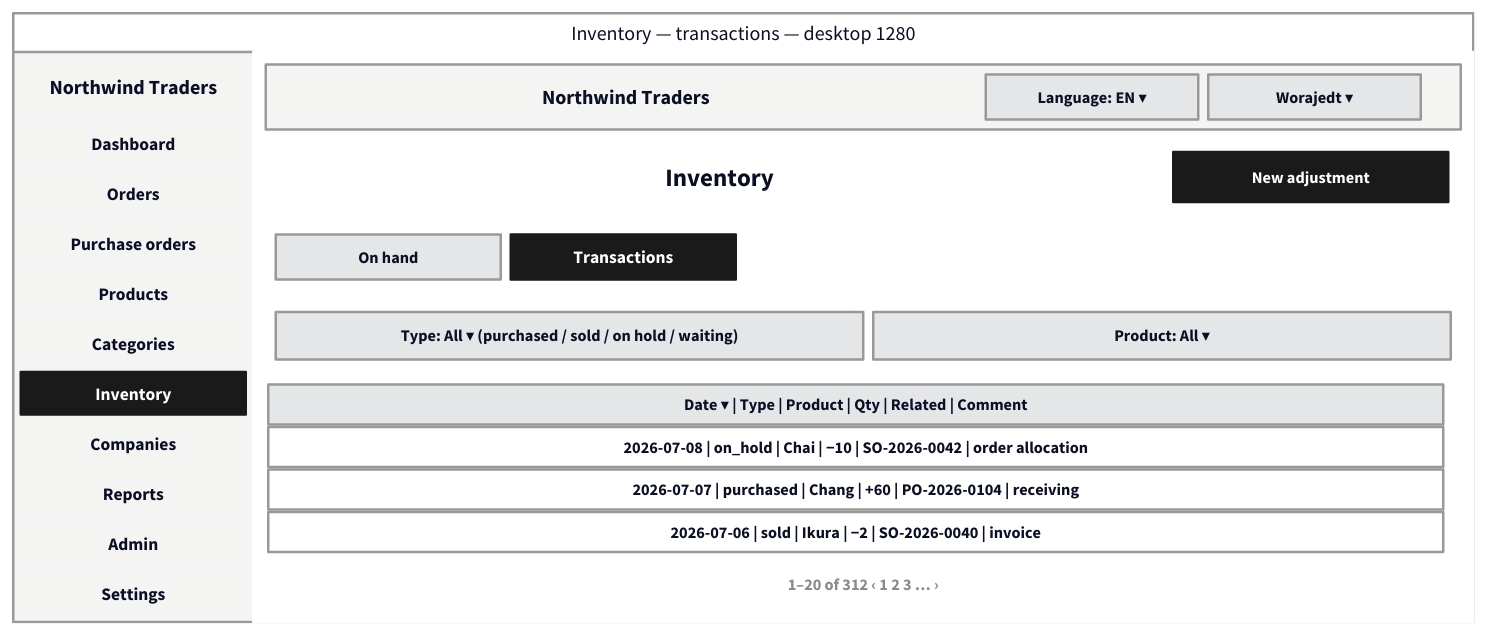
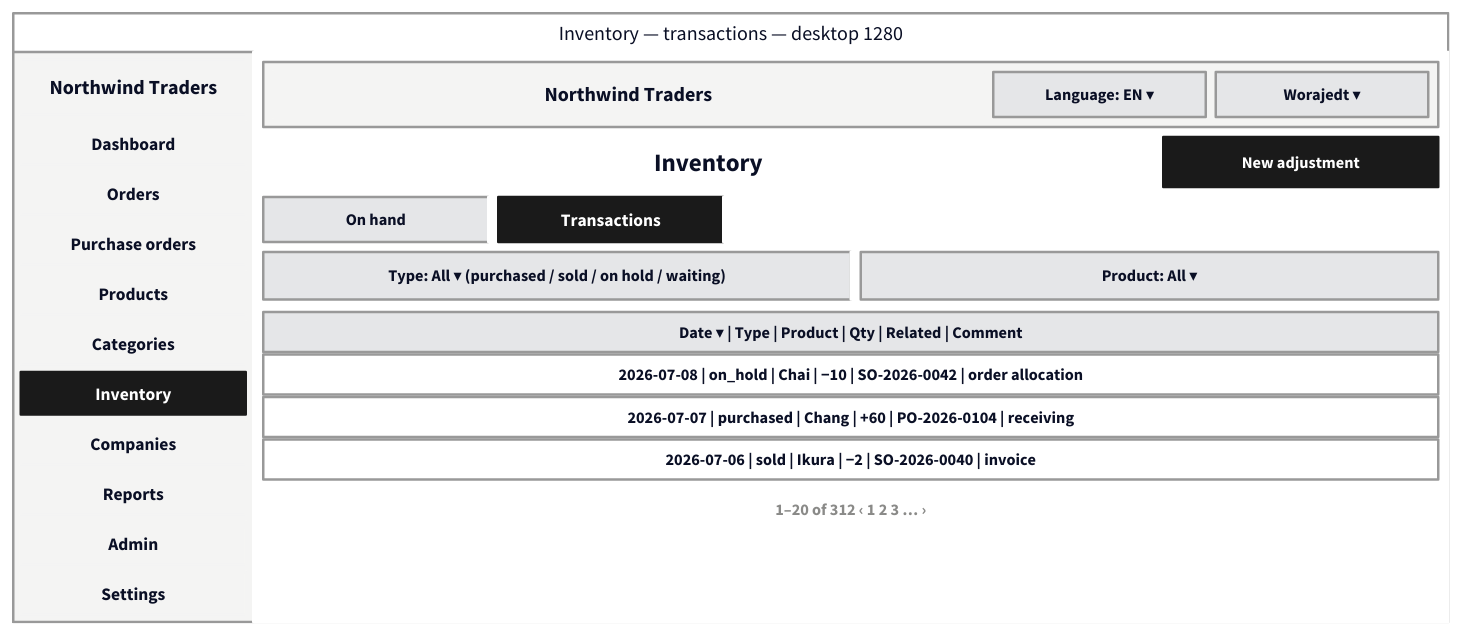
The diagram in docs/07-wireframes/15-inventory-transactions.desktop.d2 (jedt3d/northwind-design), drawn with D2 before and after one commit. The commit also changed 99 other files, not shown here.

Commit message:
feat: dashboard analytics (7 chart panels), companies lifetime totals, table header alignment fix; docs+wireframes updated; 86 tests green

```diff
--- a/docs/07-wireframes/15-inventory-transactions.desktop.d2
+++ b/docs/07-wireframes/15-inventory-transactions.desktop.d2
@@ -1,97 +1,102 @@
 # PRD: F7 Inventory transactions ledger (desktop 1280)
 # GUI wireframe: one page frame, sidebar left, topbar on top, content zones stacked.
 direction: down
 
 classes: {
   frame: {style: {fill: "#ffffff"; stroke: "#999999"; stroke-width: 2; font-size: 16}}
   plain: {style: {fill: "#ffffff"; stroke: "#ffffff"}}
   bar: {style: {fill: "#f4f4f3"; stroke: "#999999"}}
   barlbl: {style: {fill: "#f4f4f3"; stroke: "#f4f4f3"}}
   slogo: {style: {fill: "#f4f4f3"; stroke: "#f4f4f3"; bold: true; font-size: 16}}
   nav: {style: {fill: "#f4f4f3"; stroke: "#f4f4f3"; font-size: 14}}
   navon: {style: {fill: "#1a1a1a"; stroke: "#1a1a1a"; font-color: "#ffffff"; font-size: 14}}
   h1: {style: {fill: "#ffffff"; stroke: "#ffffff"; bold: true; font-size: 20}}
   txt: {style: {fill: "#ffffff"; stroke: "#ffffff"; font-size: 13}}
   muted: {style: {fill: "#ffffff"; stroke: "#ffffff"; font-color: "#8a8a88"; font-size: 13}}
   zone: {style: {fill: "#ffffff"; stroke: "#999999"; font-size: 13}}
   field: {style: {fill: "#ffffff"; stroke: "#999999"; font-size: 13}}
   btn: {style: {fill: "#e5e6e8"; stroke: "#999999"; font-size: 13}}
   primary: {style: {fill: "#1a1a1a"; stroke: "#1a1a1a"; font-color: "#ffffff"; font-size: 13}}
   head: {style: {fill: "#e5e6e8"; stroke: "#999999"; bold: true; font-size: 13}}
   cell: {style: {fill: "#ffffff"; stroke: "#999999"; font-size: 13}}
 }
 
 page: {
   label: "Inventory — transactions — desktop 1280"
   class: frame
   grid-columns: 2
   grid-gap: 0
   sidebar: {
     label: ""
     class: bar
     grid-columns: 1
     grid-gap: 6
     logo: {label: "Northwind Traders"; class: slogo; width: 180; height: 44}
     n0: {label: "Dashboard"; class: nav; width: 180; height: 34}
     n1: {label: "Orders"; class: nav; width: 180; height: 34}
     n2: {label: "Purchase orders"; class: nav; width: 180; height: 34}
     n3: {label: "Products"; class: nav; width: 180; height: 34}
     n4: {label: "Categories"; class: nav; width: 180; height: 34}
     n5: {label: "Inventory"; class: navon; width: 180; height: 34}
     n6: {label: "Companies"; class: nav; width: 180; height: 34}
     n7: {label: "Reports"; class: nav; width: 180; height: 34}
     n8: {label: "Admin"; class: nav; width: 180; height: 34}
     n9: {label: "Settings"; class: nav; width: 180; height: 34}
   }
   main: {
     label: ""
     class: plain
     grid-columns: 1
-    grid-gap: 10
+    grid-gap: 8
     topbar: {
       label: ""
       class: bar
       grid-columns: 3
       grid-gap: 8
-      apptitle: {label: "Northwind Traders"; class: barlbl; width: 560; height: 36}
+      apptitle: {label: "Northwind Traders"; class: barlbl; width: 568; height: 36}
       lang: {label: "Language: EN ▾"; class: btn; width: 170; height: 36}
       user: {label: "Worajedt ▾"; class: btn; width: 170; height: 36}
     }
     hdr: {
       label: ""
       class: plain
-      grid-columns: 2
-      grid-gap: 8
-      h1: {label: "Inventory"; class: h1; width: 710; height: 40}
+      grid-columns: 3
+      grid-gap: 0
+      h1: {label: "Inventory"; class: h1; width: 712; height: 40}
+      gsp1: {label: ""; class: plain; width: 8; height: 40}
       adj: {label: "New adjustment"; class: primary; width: 220; height: 40}
     }
     tabs: {
       label: ""
       class: plain
-      grid-columns: 3
-      grid-gap: 8
+      grid-columns: 5
+      grid-gap: 0
       t1: {label: "On hand"; class: btn; width: 180; height: 36}
+      gsp1: {label: ""; class: plain; width: 8; height: 36}
       t2: {label: "Transactions"; class: navon; width: 180; height: 36}
+      gsp2: {label: ""; class: plain; width: 8; height: 36}
       sp: {label: ""; class: plain; width: 564; height: 36}
     }
     tools: {
       label: ""
       class: plain
-      grid-columns: 2
-      grid-gap: 8
+      grid-columns: 3
+      grid-gap: 0
       f1: {label: "Type: All ▾ (purchased / sold / on hold / waiting)"; class: btn; width: 470; height: 38}
+      gsp1: {label: ""; class: plain; width: 8; height: 38}
       f2: {label: "Product: All ▾"; class: btn; width: 462; height: 38}
     }
     table: {
       label: ""
       class: plain
       grid-columns: 1
-      grid-gap: 2
+      horizontal-gap: 0
+      vertical-gap: 2
       hd: {label: "Date ▾ | Type | Product | Qty | Related | Comment"; class: head; width: 940; height: 32}
       r0: {label: "2026-07-08 | on_hold | Chai | −10 | SO-2026-0042 | order allocation"; class: cell; width: 940; height: 32}
       r1: {label: "2026-07-07 | purchased | Chang | +60 | PO-2026-0104 | receiving"; class: cell; width: 940; height: 32}
       r2: {label: "2026-07-06 | sold | Ikura | −2 | SO-2026-0040 | invoice"; class: cell; width: 940; height: 32}
     }
     pager: {label: "1–20 of 312    ‹  1  2  3 …  ›"; class: muted; width: 940; height: 28}
   }
 }
```
